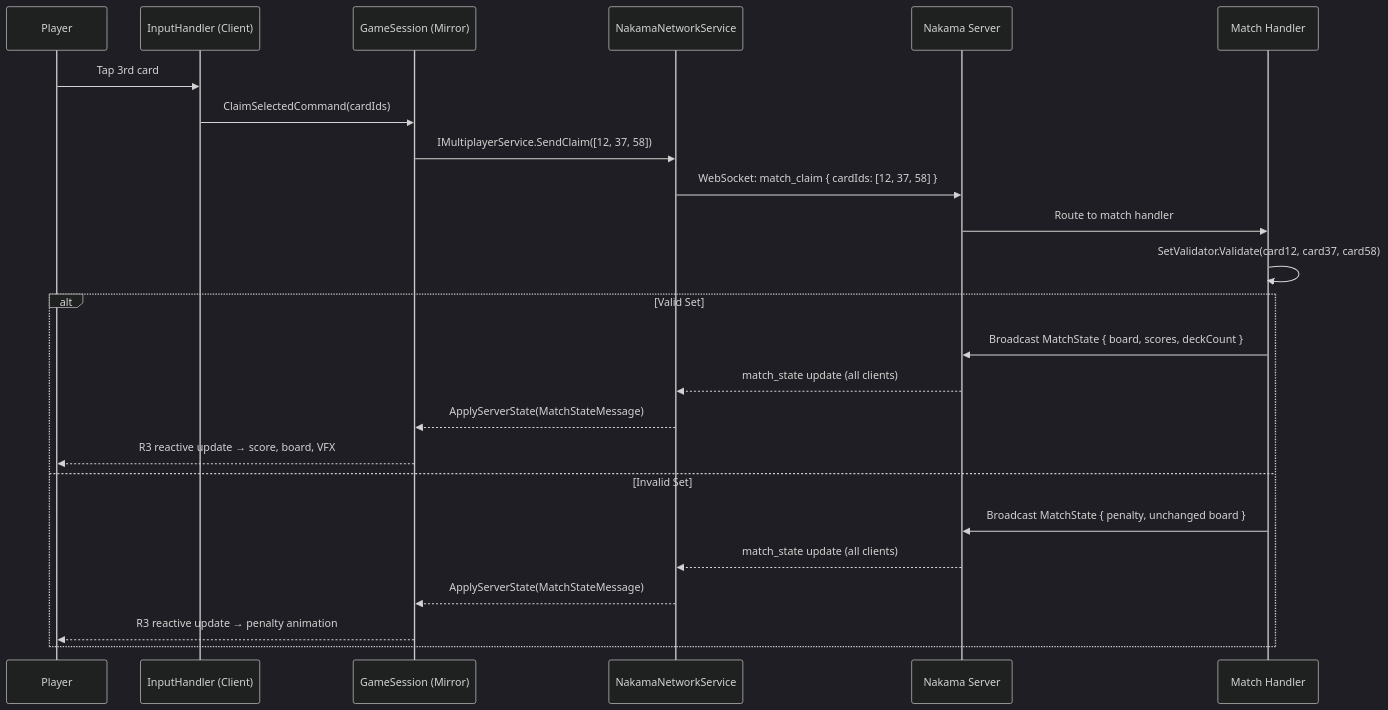
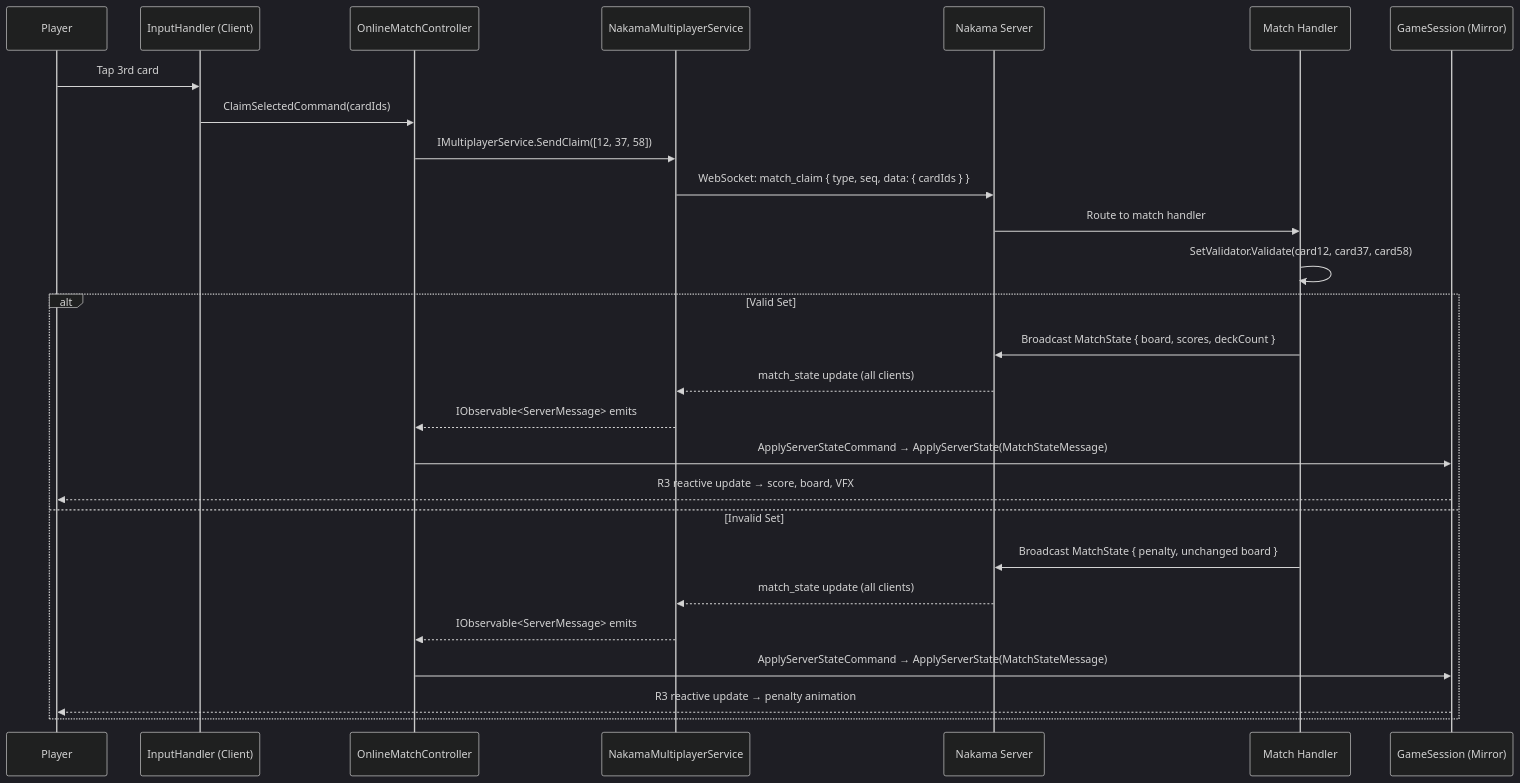
Before and after one commit to ParsaUltimate/mintlify-docs: the diagram in multiplayer/authority-model.mdx, drawn with Mermaid (dark theme). The commit also changed other lines of this file and 26 other files, not shown here.

Commit message:
docs: review pass — fix SEO, pre-production labels, API surface, OnlineMatchController pattern, internal leaks

````diff
--- a/multiplayer/authority-model.mdx
+++ b/multiplayer/authority-model.mdx
@@ -43,27 +43,30 @@
 ```mermaid
 sequenceDiagram
     participant Player
     participant IH as InputHandler (Client)
-    participant GS as GameSession (Mirror)
-    participant NakamaSDK as NakamaNetworkService
+    participant OMC as OnlineMatchController
+    participant NMS as NakamaMultiplayerService
     participant Server as Nakama Server
     participant MH as Match Handler
+    participant GS as GameSession (Mirror)
 
     Player->>IH: Tap 3rd card
-    IH->>GS: ClaimSelectedCommand(cardIds)
-    GS->>NakamaSDK: IMultiplayerService.SendClaim([12, 37, 58])
-    NakamaSDK->>Server: WebSocket: match_claim { cardIds: [12, 37, 58] }
+    IH->>OMC: ClaimSelectedCommand(cardIds)
+    OMC->>NMS: IMultiplayerService.SendClaim([12, 37, 58])
+    NMS->>Server: WebSocket: match_claim { type, seq, data: { cardIds } }
     Server->>MH: Route to match handler
     MH->>MH: SetValidator.Validate(card12, card37, card58)
     alt Valid Set
         MH->>Server: Broadcast MatchState { board, scores, deckCount }
-        Server-->>NakamaSDK: match_state update (all clients)
-        NakamaSDK-->>GS: ApplyServerState(MatchStateMessage)
+        Server-->>NMS: match_state update (all clients)
+        NMS-->>OMC: IObservable<ServerMessage> emits
+        OMC->>GS: ApplyServerStateCommand → ApplyServerState(MatchStateMessage)
         GS-->>Player: R3 reactive update → score, board, VFX
     else Invalid Set
         MH->>Server: Broadcast MatchState { penalty, unchanged board }
-        Server-->>NakamaSDK: match_state update (all clients)
-        NakamaSDK-->>GS: ApplyServerState(MatchStateMessage)
+        Server-->>NMS: match_state update (all clients)
+        NMS-->>OMC: IObservable<ServerMessage> emits
+        OMC->>GS: ApplyServerStateCommand → ApplyServerState(MatchStateMessage)
         GS-->>Player: R3 reactive update → penalty animation
     end
 ```
````
